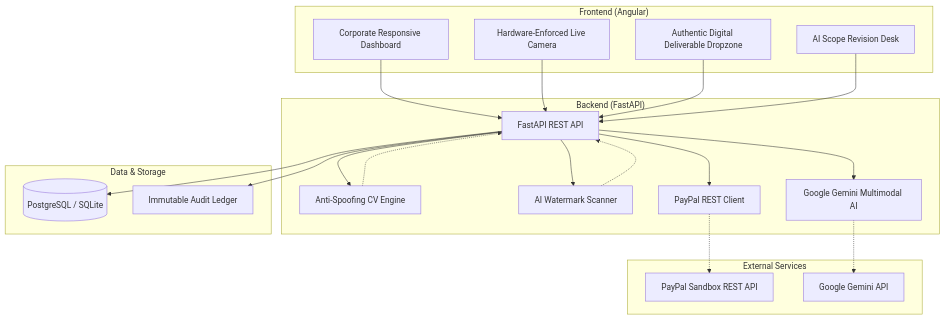
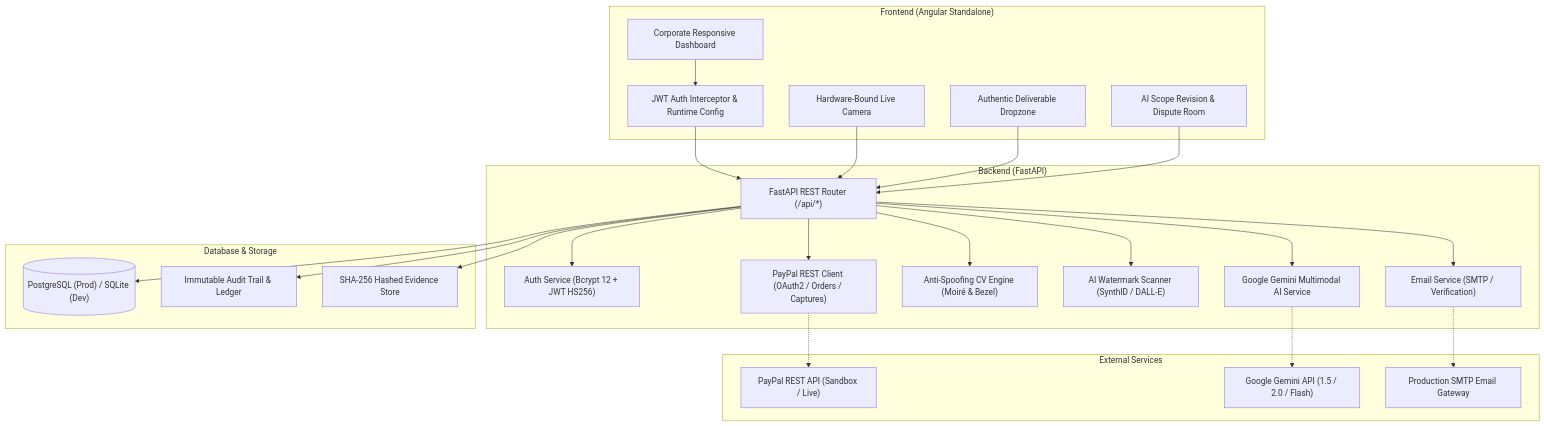
The first of 2 diagrams in README.md (sahi26/PayPal---Hackathon), drawn with Mermaid before and after one commit. The commit also changed other lines of this file, not shown here.

Commit message:
Update README.md with full architecture, workflow changes, and test instructions

````diff
--- a/README.md
+++ b/README.md
@@ -45,44 +53,52 @@
 ```mermaid
 flowchart TD
-    subgraph ClientApp ["Frontend (Angular)"]
+    subgraph ClientApp ["Frontend (Angular Standalone)"]
         UI["Corporate Responsive Dashboard"]
-        Cam["Hardware-Enforced Live Camera"]
-        Drop["Authentic Digital Deliverable Dropzone"]
-        Rev["AI Scope Revision Desk"]
+        Cam["Hardware-Bound Live Camera"]
+        Drop["Authentic Deliverable Dropzone"]
+        Rev["AI Scope Revision & Dispute Room"]
+        AuthInt["JWT Auth Interceptor & Runtime Config"]
     end
 
     subgraph APIGateway ["Backend (FastAPI)"]
-        Router["FastAPI REST API"]
-        CVEngine["Anti-Spoofing CV Engine"]
-        WMEngine["AI Watermark Scanner"]
-        Gemini["Google Gemini Multimodal AI"]
-        PayPalSvc["PayPal REST Client"]
+        Router["FastAPI REST Router (/api/*)"]
+        AuthSvc["Auth Service (Bcrypt 12 + JWT HS256)"]
+        EmailSvc["Email Service (SMTP / Verification)"]
+        CVEngine["Anti-Spoofing CV Engine (Moiré & Bezel)"]
+        WMEngine["AI Watermark Scanner (SynthID / DALL-E)"]
+        GeminiSvc["Google Gemini Multimodal AI Service"]
+        PayPalSvc["PayPal REST Client (OAuth2 / Orders / Captures)"]
     end
 
-    subgraph Storage ["Data & Storage"]
-        DB[("PostgreSQL / SQLite")]
-        Ledger["Immutable Audit Ledger"]
+    subgraph Storage ["Database & Storage"]
+        DB[("PostgreSQL (Prod) / SQLite (Dev)")]
+        Ledger["Immutable Audit Trail & Ledger"]
+        Uploads["SHA-256 Hashed Evidence Store"]
     end
 
     subgraph External ["External Services"]
-        PP["PayPal Sandbox REST API"]
-        GenAI["Google Gemini API"]
+        PP["PayPal REST API (Sandbox / Live)"]
+        GenAI["Google Gemini API (1.5 / 2.0 / Flash)"]
+        SMTPRelay["Production SMTP Email Gateway"]
     end
 
-    UI --> Router
+    UI --> AuthInt
+    AuthInt --> Router
     Cam --> Router
     Drop --> Router
     Rev --> Router
 
+    Router --> AuthSvc
+    Router --> EmailSvc
     Router --> CVEngine
     Router --> WMEngine
-    Router --> Gemini
+    Router --> GeminiSvc
     Router --> PayPalSvc
     Router --> DB
     Router --> Ledger
+    Router --> Uploads
 
-    CVEngine -.-> Router
-    WMEngine -.-> Router
-    Gemini -.-> GenAI
+    EmailSvc -.-> SMTPRelay
+    GeminiSvc -.-> GenAI
     PayPalSvc -.-> PP
 ```
````
